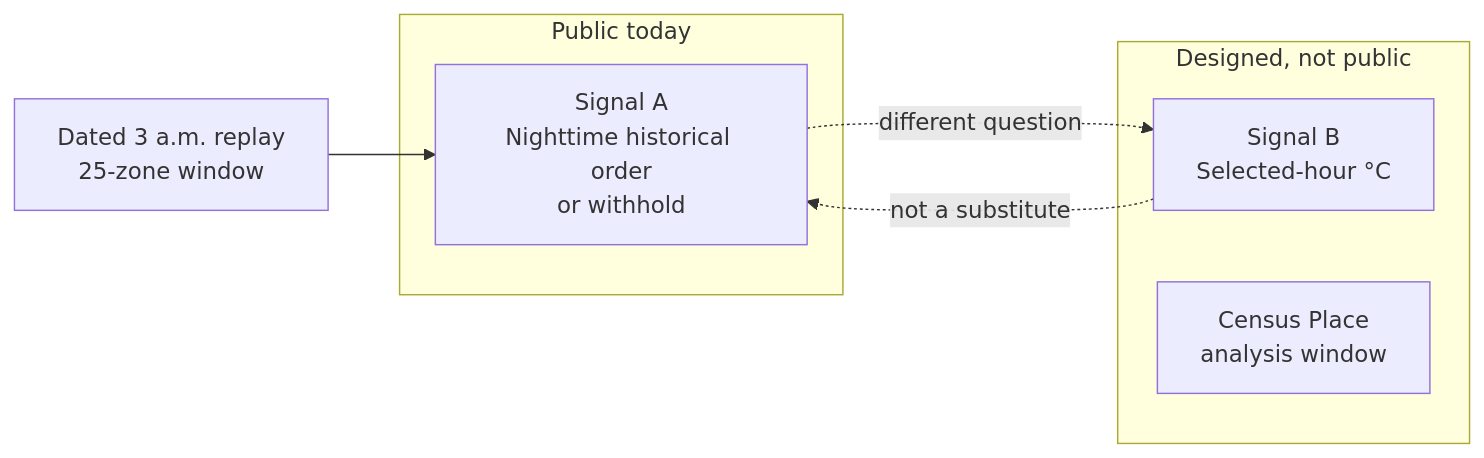
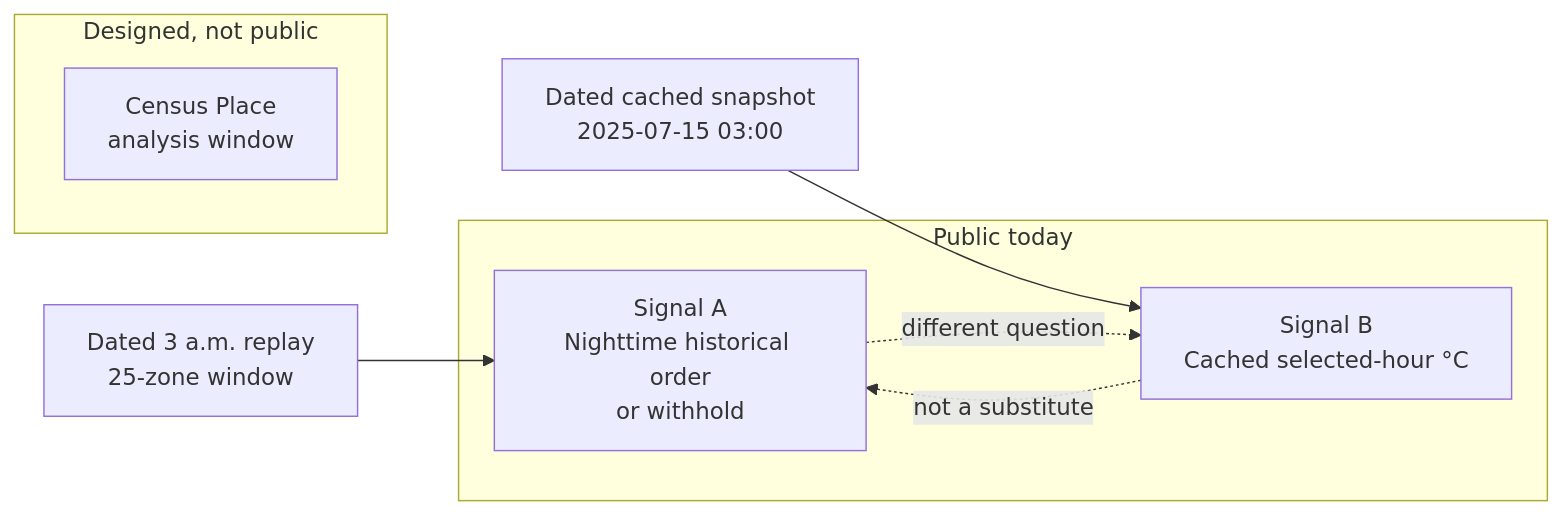
One commit to kamilkkakar/hva-signal changed the first of 5 diagrams in README.md. Above: the diagram before and after it, drawn with Mermaid. The commit also changed other lines of this file, not shown here.

````diff
--- a/README.md
+++ b/README.md
@@ -52,13 +52,14 @@
 ```mermaid
 flowchart LR
   subgraph public ["Public today"]
     A["Signal A<br/>Nighttime historical order<br/>or withhold"]
+    B["Signal B<br/>Cached selected-hour °C"]
   end
   subgraph unpublished ["Designed, not public"]
-    B["Signal B<br/>Selected-hour °C"]
     N["Census Place<br/>analysis window"]
   end
   Q["Dated 3 a.m. replay<br/>25-zone window"] --> A
+  C["Dated cached snapshot<br/>2025-07-15 03:00"] --> B
   A -.->|"different question"| B
   B -.->|"not a substitute"| A
 ```
````
